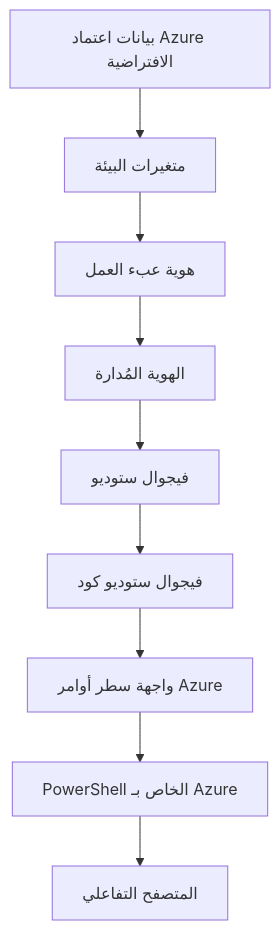
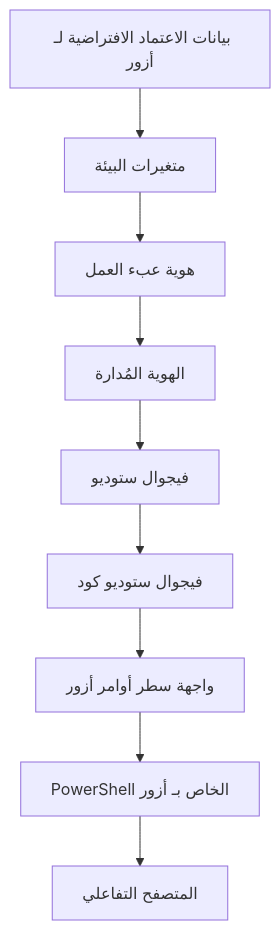
The second of 2 diagrams in translations/ar/docs/chapter-01-foundation/azd-basics.md (microsoft/AZD-for-beginners), drawn with Mermaid before and after one commit. The commit also changed other lines of this file and 101 other files, not shown here.

````diff
--- a/translations/ar/docs/chapter-01-foundation/azd-basics.md
+++ b/translations/ar/docs/chapter-01-foundation/azd-basics.md
@@ -556,11 +591,11 @@
 ```mermaid
 graph TD
-    A[بيانات اعتماد Azure الافتراضية] --> B[متغيرات البيئة]
+    A[بيانات الاعتماد الافتراضية لـ أزور] --> B[متغيرات البيئة]
     B --> C[هوية عبء العمل]
     C --> D[الهوية المُدارة]
     D --> E[فيجوال ستوديو]
     E --> F[فيجوال ستوديو كود]
-    F --> G[واجهة سطر أوامر Azure]
-    G --> H[PowerShell الخاص بـ Azure]
+    F --> G[واجهة سطر أوامر أزور]
+    G --> H[PowerShell الخاص بـ أزور]
     H --> I[المتصفح التفاعلي]
 ```
````
